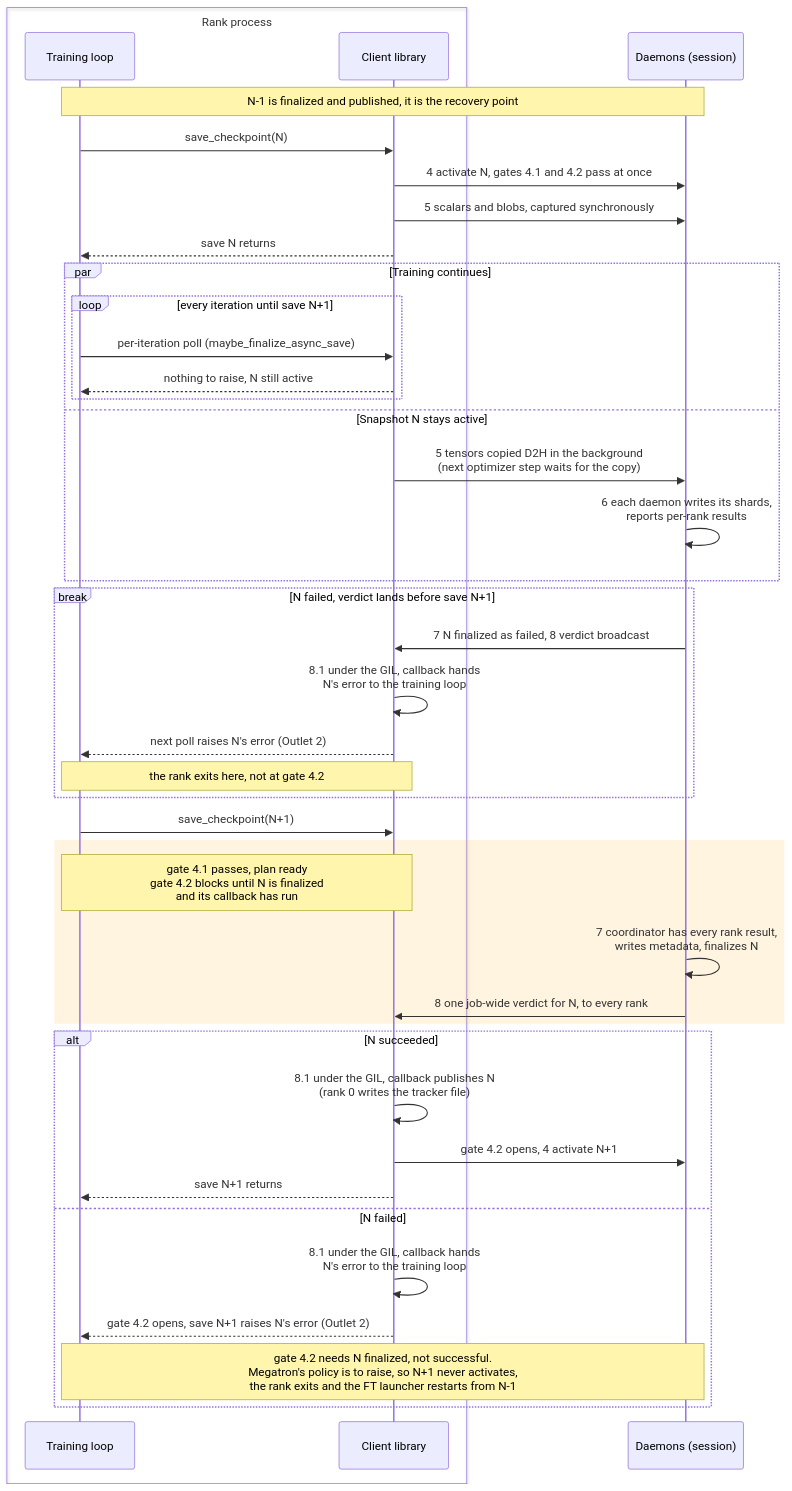
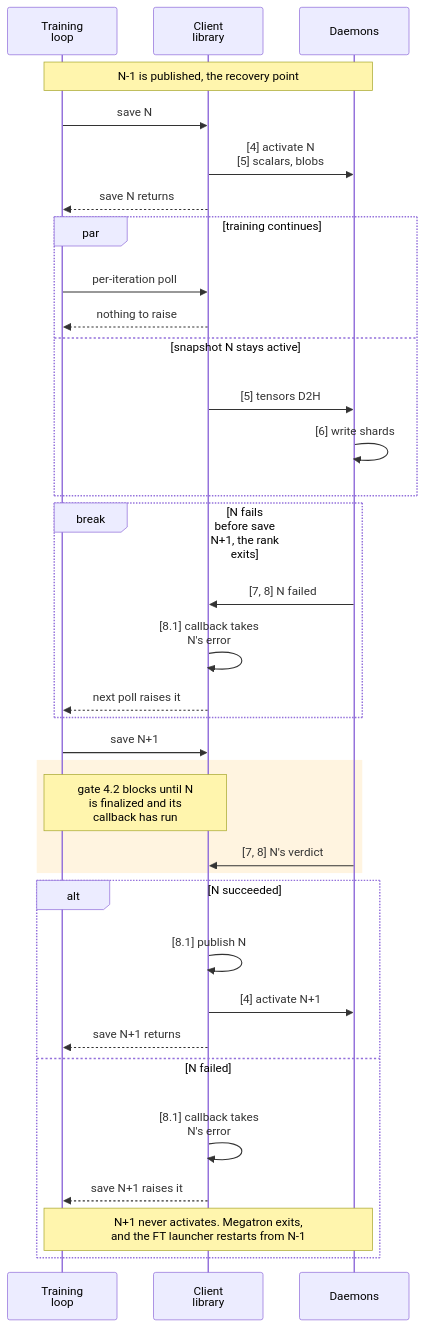
One commit to ankurv-nvidia/nvrx_checkpointing changed the third of 5 diagrams in docs/Design.md. Above: the diagram before and after it, drawn with Mermaid. The commit also changed other lines of this file, not shown here.

````diff
--- a/docs/Design.md
+++ b/docs/Design.md
@@ -380,44 +376,38 @@
 ```mermaid
+%%{init: {"sequence": {"actorFontSize": 28, "messageFontSize": 28, "noteFontSize": 28, "labelBoxWidth": 100, "labelBoxHeight": 40}}}%%
 sequenceDiagram
-    box transparent Rank process
-        participant TL as Training loop
-        participant CL as Client library
+    participant TL as Training<br/>loop
+    participant CL as Client<br/>library
+    participant D as Daemons
+
+    Note over TL,D: N-1 is published, the recovery point
+    TL->>CL: save N
+    CL->>D: [4] activate N<br/>[5] scalars, blobs
+    CL-->>TL: save N returns
+    par training continues
+        TL->>CL: per-iteration poll
+        CL-->>TL: nothing to raise
+    and snapshot N stays active
+        CL->>D: [5] tensors D2H
+        D->>D: [6] write shards
     end
-    participant D as Daemons (session)
-
-    Note over TL,D: N-1 is finalized and published, it is the recovery point
-    TL->>CL: save_checkpoint(N)
-    CL->>D: 4 activate N, gates 4.1 and 4.2 pass at once
-    CL->>D: 5 scalars and blobs, captured synchronously
-    CL-->>TL: save N returns
-    par Training continues
-        loop every iteration until save N+1
-            TL->>CL: per-iteration poll (maybe_finalize_async_save)
-            CL-->>TL: nothing to raise, N still active
-        end
-    and Snapshot N stays active
-        CL->>D: 5 tensors copied D2H in the background<br/>(next optimizer step waits for the copy)
-        D->>D: 6 each daemon writes its shards,<br/>reports per-rank results
+    break N fails before save N+1, the rank exits
+        D->>CL: [7, 8] N failed
+        CL->>CL: [8.1] callback takes<br/>N's error
+        CL-->>TL: next poll raises it
     end
-    break N failed, verdict lands before save N+1
-        D->>CL: 7 N finalized as failed, 8 verdict broadcast
-        CL->>CL: 8.1 under the GIL, callback hands<br/>N's error to the training loop
-        CL-->>TL: next poll raises N's error (Outlet 2)
-        Note over TL,CL: the rank exits here, not at gate 4.2
-    end
-    TL->>CL: save_checkpoint(N+1)
+    TL->>CL: save N+1
     rect rgba(255,165,0,0.12)
-        Note over TL,CL: gate 4.1 passes, plan ready<br/>gate 4.2 blocks until N is finalized<br/>and its callback has run
-        D->>D: 7 coordinator has every rank result,<br/>writes metadata, finalizes N
-        D->>CL: 8 one job-wide verdict for N, to every rank
+        Note over TL,CL: gate 4.2 blocks until N<br/>is finalized and its<br/>callback has run
+        D->>CL: [7, 8] N's verdict
     end
     alt N succeeded
-        CL->>CL: 8.1 under the GIL, callback publishes N<br/>(rank 0 writes the tracker file)
-        CL->>D: gate 4.2 opens, 4 activate N+1
+        CL->>CL: [8.1] publish N
+        CL->>D: [4] activate N+1
         CL-->>TL: save N+1 returns
     else N failed
-        CL->>CL: 8.1 under the GIL, callback hands<br/>N's error to the training loop
-        CL-->>TL: gate 4.2 opens, save N+1 raises N's error (Outlet 2)
-        Note over TL,D: gate 4.2 needs N finalized, not successful.<br/>Megatron's policy is to raise, so N+1 never activates,<br/>the rank exits and the FT launcher restarts from N-1
+        CL->>CL: [8.1] callback takes<br/>N's error
+        CL-->>TL: save N+1 raises it
+        Note over TL,D: N+1 never activates. Megatron exits,<br/>and the FT launcher restarts from N-1
     end
 ```
````
